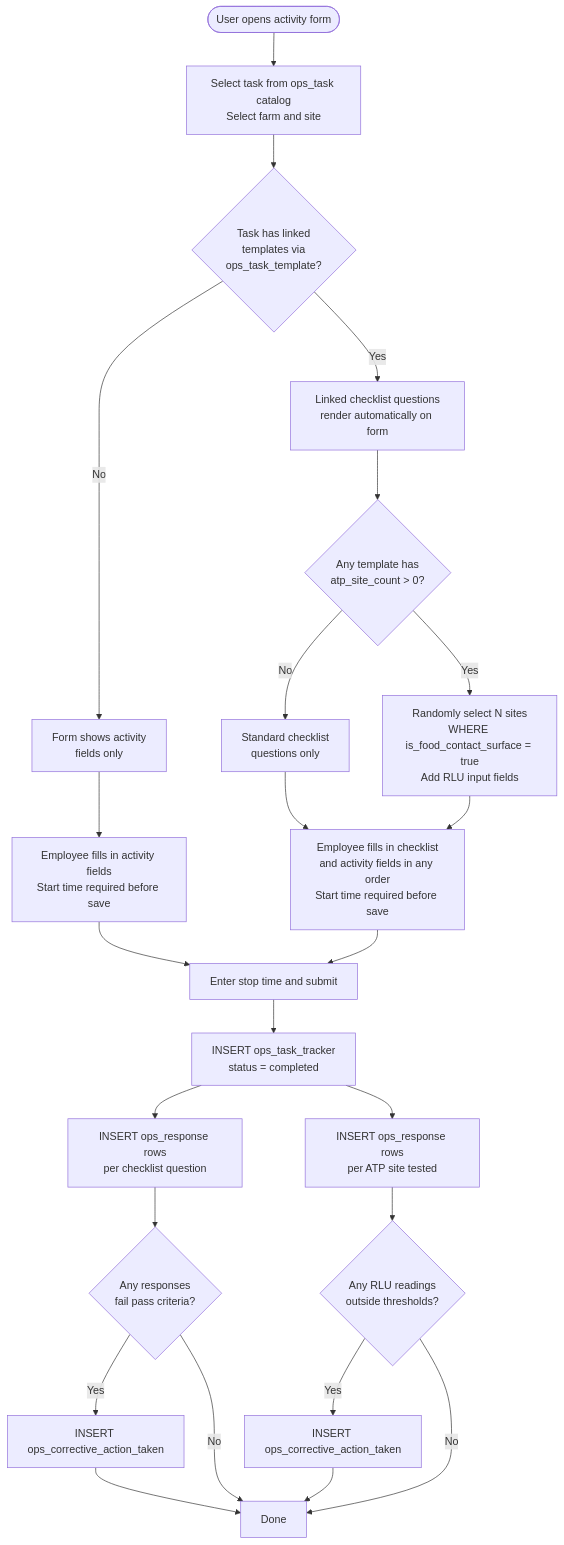
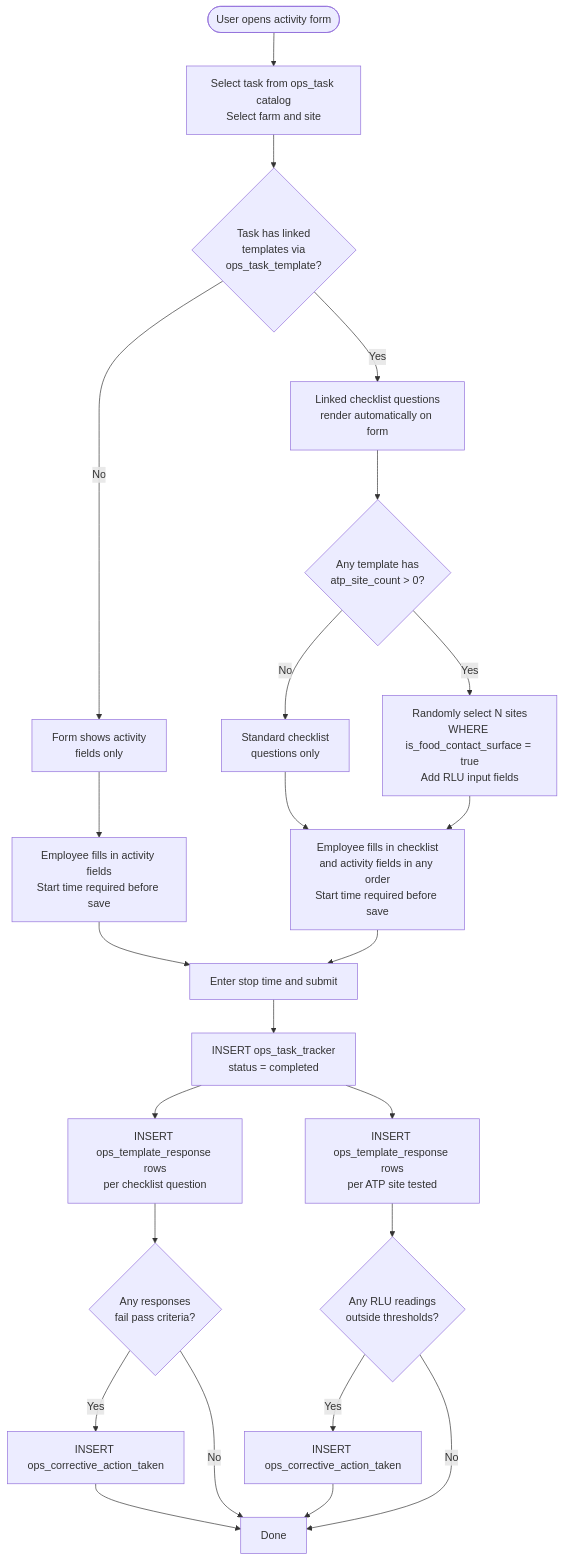
Before and after one commit to Hawaii-Farming/aloha-app: the diagram in docs/processes/20260324_09_ops_task_workflow.md, drawn with Mermaid. The commit also changed other lines of this file and 9 other files, not shown here.

First line of the commit message:
Rename ops_question/response to ops_template_question/response, rename sales columns, cleanup

````diff
--- a/docs/processes/20260324_09_ops_task_workflow.md
+++ b/docs/processes/20260324_09_ops_task_workflow.md
@@ -145,34 +145,34 @@
 ```mermaid
 flowchart TD
     A([User opens activity form]) --> B[Select task from ops_task catalog\nSelect farm and site]
 
     B --> C{Task has linked\ntemplates via\nops_task_template?}
     C -- No --> D[Form shows activity\nfields only]
     C -- Yes --> E[Linked checklist questions\nrender automatically on form]
 
     E --> F{Any template has\natp_site_count > 0?}
     F -- No --> G[Standard checklist\nquestions only]
     F -- Yes --> H[Randomly select N sites\nWHERE is_food_contact_surface = true\nAdd RLU input fields]
 
     G --> I[Employee fills in checklist\nand activity fields in any order\nStart time required before save]
     H --> I
     D --> J[Employee fills in activity fields\nStart time required before save]
 
     I --> K[Enter stop time and submit]
     J --> K
 
     K --> L[INSERT ops_task_tracker\nstatus = completed]
 
-    L --> M[INSERT ops_response rows\nper checklist question]
-    L --> N[INSERT ops_response rows\nper ATP site tested]
+    L --> M[INSERT ops_template_response rows\nper checklist question]
+    L --> N[INSERT ops_template_response rows\nper ATP site tested]
 
     M --> O{Any responses\nfail pass criteria?}
     N --> P{Any RLU readings\noutside thresholds?}
 
     O -- Yes --> Q[INSERT ops_corrective_action_taken]
     P -- Yes --> R[INSERT ops_corrective_action_taken]
     O -- No --> S[Done]
     P -- No --> S
     Q --> S
     R --> S
 ```
````
